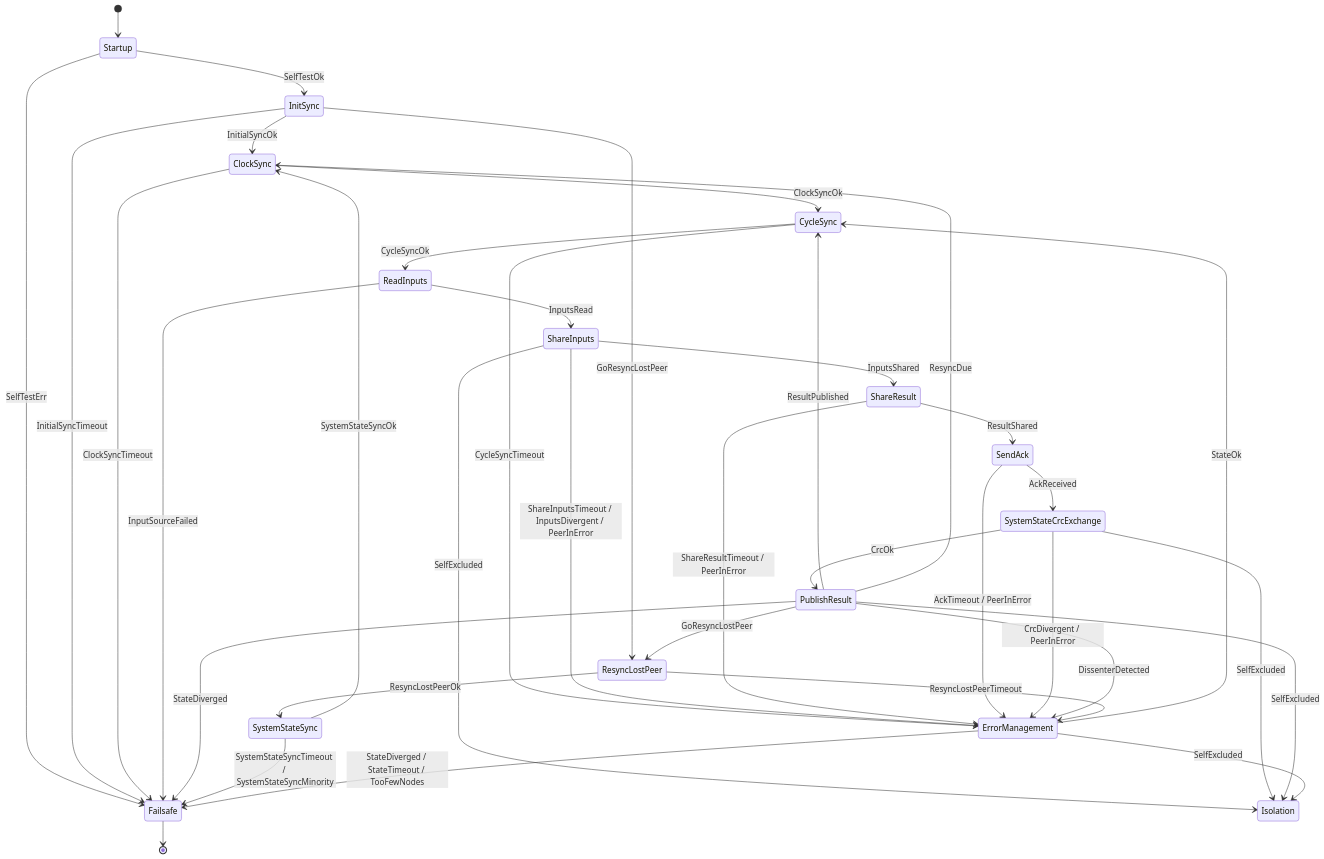
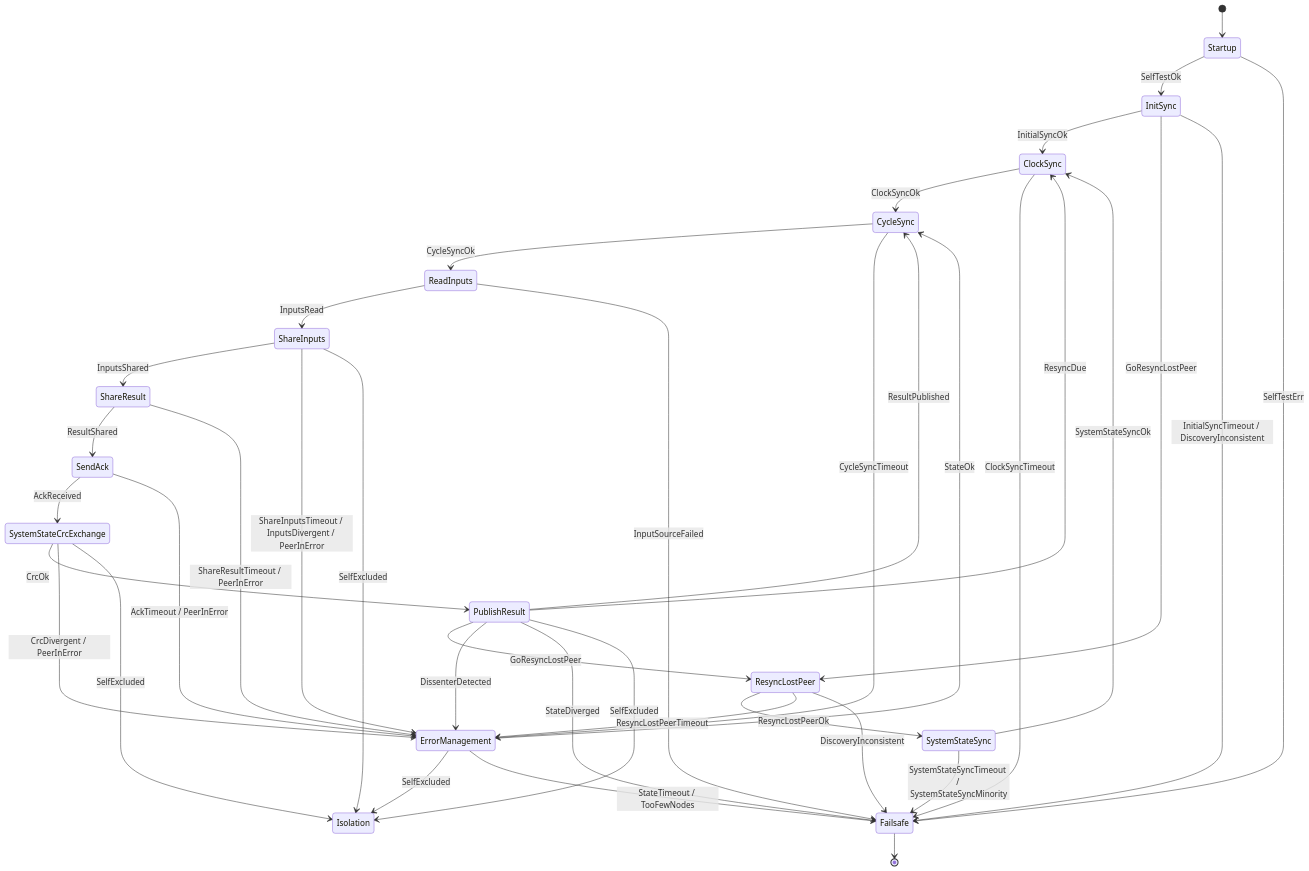
The diagram in README.md (MooN-Framework/MooN-rust-framework), drawn with Mermaid before and after one commit. The commit also changed other lines of this file and 4 other files, not shown here.

Commit message:
Hopefully last fixes, need to update statediagram

````diff
--- a/README.md
+++ b/README.md
@@ -90,52 +89,53 @@
 ```mermaid
 stateDiagram-v2
     [*] --> Startup
     Startup --> InitSync : SelfTestOk
     Startup --> Failsafe : SelfTestErr
 
     InitSync --> ClockSync : InitialSyncOk
     InitSync --> ResyncLostPeer : GoResyncLostPeer
-    InitSync --> Failsafe : InitialSyncTimeout
+    InitSync --> Failsafe : InitialSyncTimeout / DiscoveryInconsistent
 
     ClockSync --> CycleSync : ClockSyncOk
     ClockSync --> Failsafe : ClockSyncTimeout
 
     CycleSync --> ReadInputs : CycleSyncOk
     CycleSync --> ErrorManagement : CycleSyncTimeout
 
     ReadInputs --> ShareInputs : InputsRead
     ReadInputs --> Failsafe : InputSourceFailed
 
     ShareInputs --> ShareResult : InputsShared
     ShareInputs --> ErrorManagement : ShareInputsTimeout / InputsDivergent / PeerInError
     ShareInputs --> Isolation : SelfExcluded
 
     ShareResult --> SendAck : ResultShared
     ShareResult --> ErrorManagement : ShareResultTimeout / PeerInError
 
     SendAck --> SystemStateCrcExchange : AckReceived
     SendAck --> ErrorManagement : AckTimeout / PeerInError
 
     SystemStateCrcExchange --> PublishResult : CrcOk
     SystemStateCrcExchange --> ErrorManagement : CrcDivergent / PeerInError
     SystemStateCrcExchange --> Isolation : SelfExcluded
 
     PublishResult --> CycleSync : ResultPublished
     PublishResult --> ClockSync : ResyncDue
     PublishResult --> ResyncLostPeer : GoResyncLostPeer
     PublishResult --> ErrorManagement : DissenterDetected
     PublishResult --> Failsafe : StateDiverged
     PublishResult --> Isolation : SelfExcluded
 
     ResyncLostPeer --> SystemStateSync : ResyncLostPeerOk
     ResyncLostPeer --> ErrorManagement : ResyncLostPeerTimeout
+    ResyncLostPeer --> Failsafe : DiscoveryInconsistent
 
     SystemStateSync --> ClockSync : SystemStateSyncOk
     SystemStateSync --> Failsafe : SystemStateSyncTimeout / SystemStateSyncMinority
 
     ErrorManagement --> CycleSync : StateOk
     ErrorManagement --> Isolation : SelfExcluded
-    ErrorManagement --> Failsafe : StateDiverged / StateTimeout / TooFewNodes
+    ErrorManagement --> Failsafe : StateTimeout / TooFewNodes
 
     Failsafe --> [*]
 ```
````
